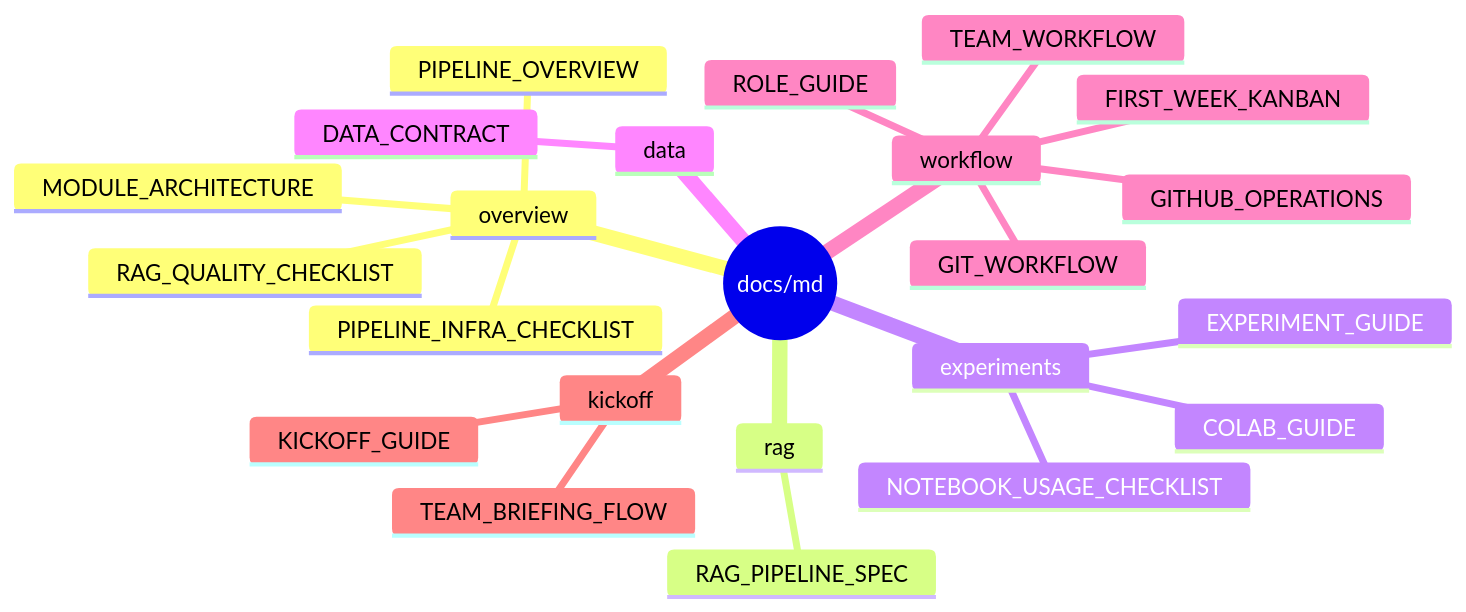
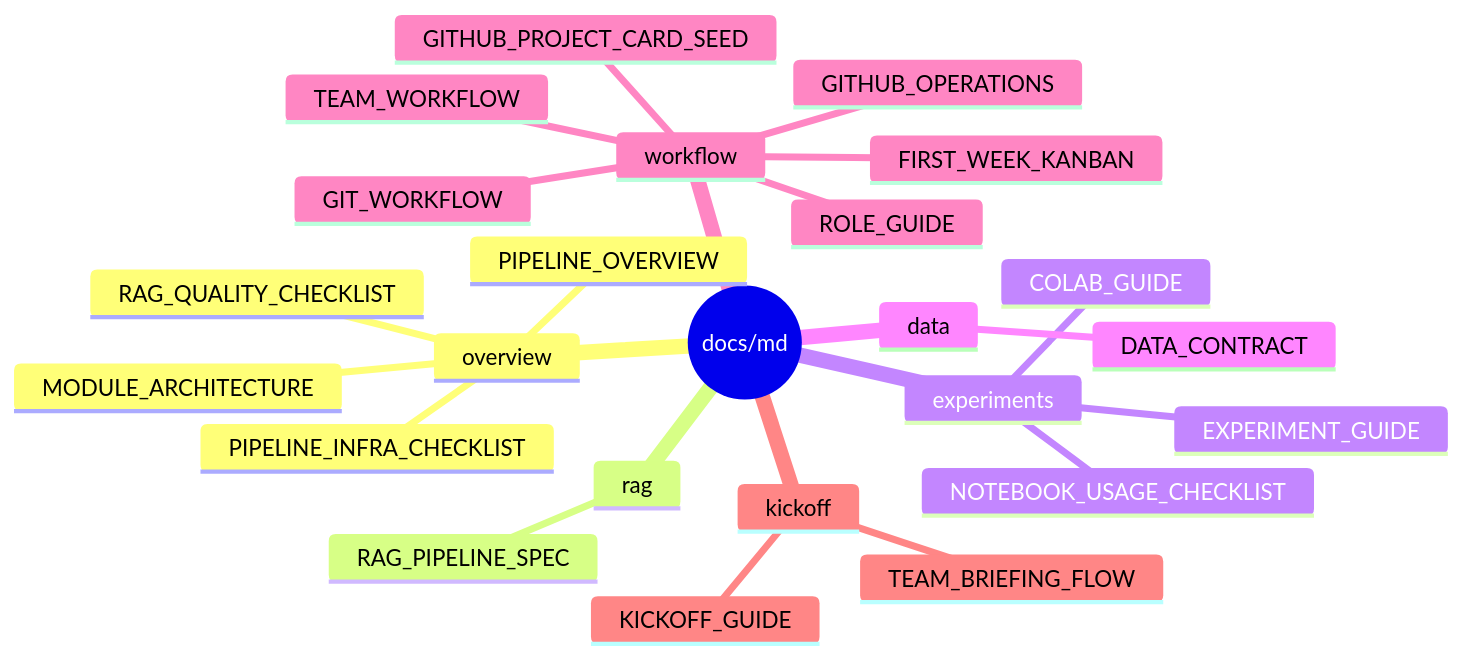
One commit to Codeit-Part3-6Team/Codeit-Part3-6Team-Project changed the diagram in docs/md/README.md. Above: the diagram before and after it, drawn with Mermaid. The commit also changed other lines of this file and 4 other files, not shown here.

Commit message:
[docs] GitHub Project 카드 seed 추가

````diff
--- a/docs/md/README.md
+++ b/docs/md/README.md
@@ -9,26 +9,27 @@
 ```mermaid
 mindmap
   root((docs/md))
     overview
       PIPELINE_OVERVIEW
       MODULE_ARCHITECTURE
       PIPELINE_INFRA_CHECKLIST
       RAG_QUALITY_CHECKLIST
     rag
       RAG_PIPELINE_SPEC
     experiments
       EXPERIMENT_GUIDE
       COLAB_GUIDE
       NOTEBOOK_USAGE_CHECKLIST
     data
       DATA_CONTRACT
     workflow
       GIT_WORKFLOW
       TEAM_WORKFLOW
       ROLE_GUIDE
       GITHUB_OPERATIONS
       FIRST_WEEK_KANBAN
+      GITHUB_PROJECT_CARD_SEED
     kickoff
       KICKOFF_GUIDE
       TEAM_BRIEFING_FLOW
 ```
````
